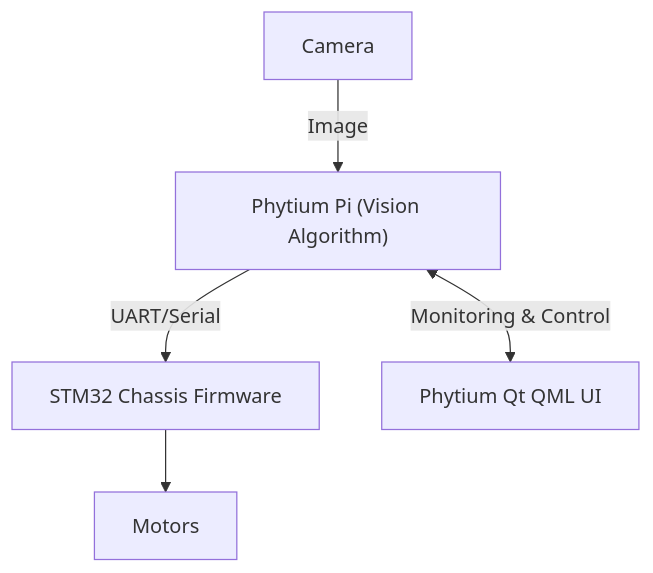
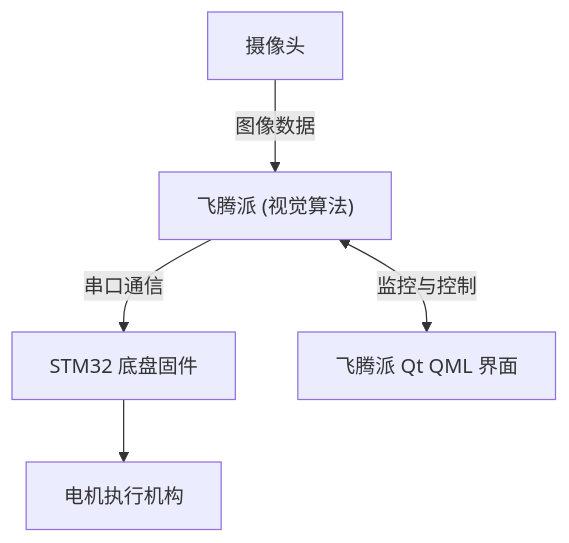
Before and after one commit to Shuai-xiao-Li/photovoltaic-inspection-system: the diagram in README_CN.md, drawn with Mermaid.

Commit message:
文档: 补充沙戈荒光伏巡检系统中文说明文档

````diff
--- a/README_CN.md
+++ b/README_CN.md
@@ -15,7 +15,7 @@
 ```mermaid
 graph TD
-    Camera[Camera] -->|Image| PhytiumPi["Phytium Pi (Vision Algorithm)"]
-    PhytiumPi -->|UART/Serial| STM32["STM32 Chassis Firmware"]
-    STM32 --> Motors[Motors]
-    PhytiumPi <-->|Monitoring & Control| QtUI["Phytium Qt QML UI"]
+    Camera[摄像头] -->|图像数据| PhytiumPi["飞腾派 (视觉算法)"]
+    PhytiumPi -->|串口通信| STM32["STM32 底盘固件"]
+    STM32 --> Motors[电机执行机构]
+    PhytiumPi <-->|监控与控制| QtUI["飞腾派 Qt QML 界面"]
 ```
````
